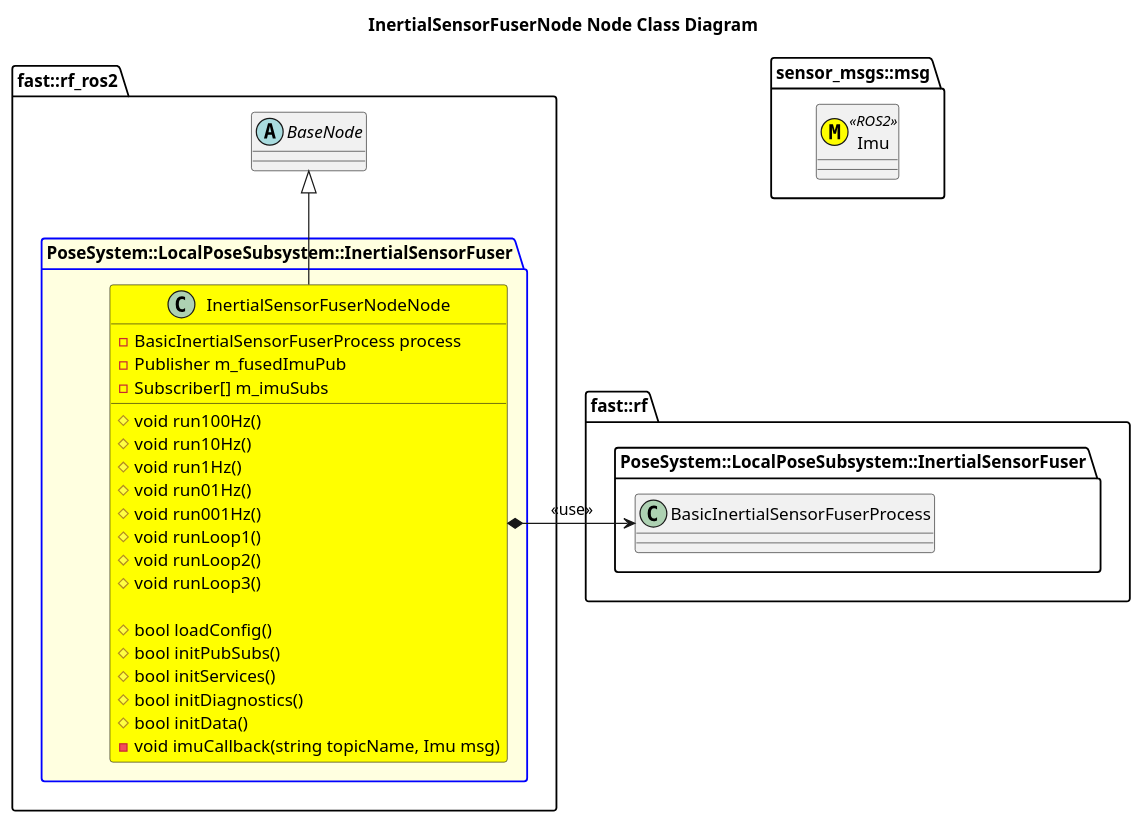
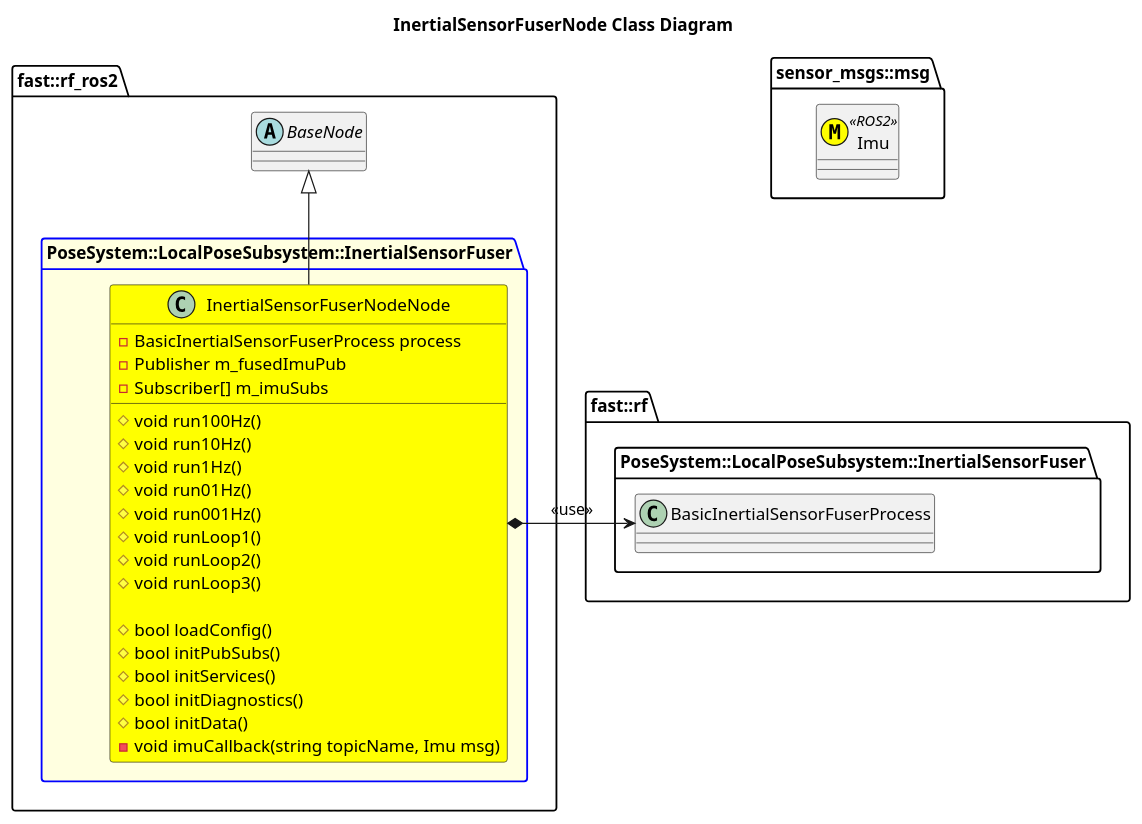
One commit to fastrobotics/robot_framework_ros2 changed the diagram in Systems/Pose/Subsystems/LocalPose/Nodes/InertialSensorFuserNode/doc/puml/InertialSensorFuserNodeClassDiagram.puml. Above: the diagram before and after it, drawn with PlantUML. The commit also changed 17 other files, not shown here.

```diff
--- a/Systems/Pose/Subsystems/LocalPose/Nodes/InertialSensorFuserNode/doc/puml/InertialSensorFuserNodeClassDiagram.puml
+++ b/Systems/Pose/Subsystems/LocalPose/Nodes/InertialSensorFuserNode/doc/puml/InertialSensorFuserNodeClassDiagram.puml
@@ -2,45 +2,45 @@
 @startuml
-title InertialSensorFuserNode Node Class Diagram
+title InertialSensorFuserNode Class Diagram
 namespace sensor_msgs::msg {
     class Imu <<(M,#FFFF00)>> <<ROS2>>
 }
 namespace fast::rf {
     namespace PoseSystem::LocalPoseSubsystem::InertialSensorFuser {
         class BasicInertialSensorFuserProcess {
         }
     }
 }
 namespace fast::rf_ros2  { 
     abstract BaseNode {
 
     }
     package PoseSystem::LocalPoseSubsystem::InertialSensorFuser #LightYellow;line:blue {
         class InertialSensorFuserNodeNode #Yellow {
             #void run100Hz()
             #void run10Hz()
             #void run1Hz()
             #void run01Hz()
             #void run001Hz()
             #void runLoop1()
             #void runLoop2()
             #void runLoop3()
 
             #bool loadConfig()
             #bool initPubSubs()
             #bool initServices()
             #bool initDiagnostics()
             #bool initData()
             -void imuCallback(string topicName, Imu msg)
             -BasicInertialSensorFuserProcess process
             -Publisher m_fusedImuPub
             -Subscriber[] m_imuSubs
             
             
         }
         InertialSensorFuserNodeNode -up-|> BaseNode
         InertialSensorFuserNodeNode *-right-> BasicInertialSensorFuserProcess: <<use>>
     }
 
 }
 
 @enduml
```
